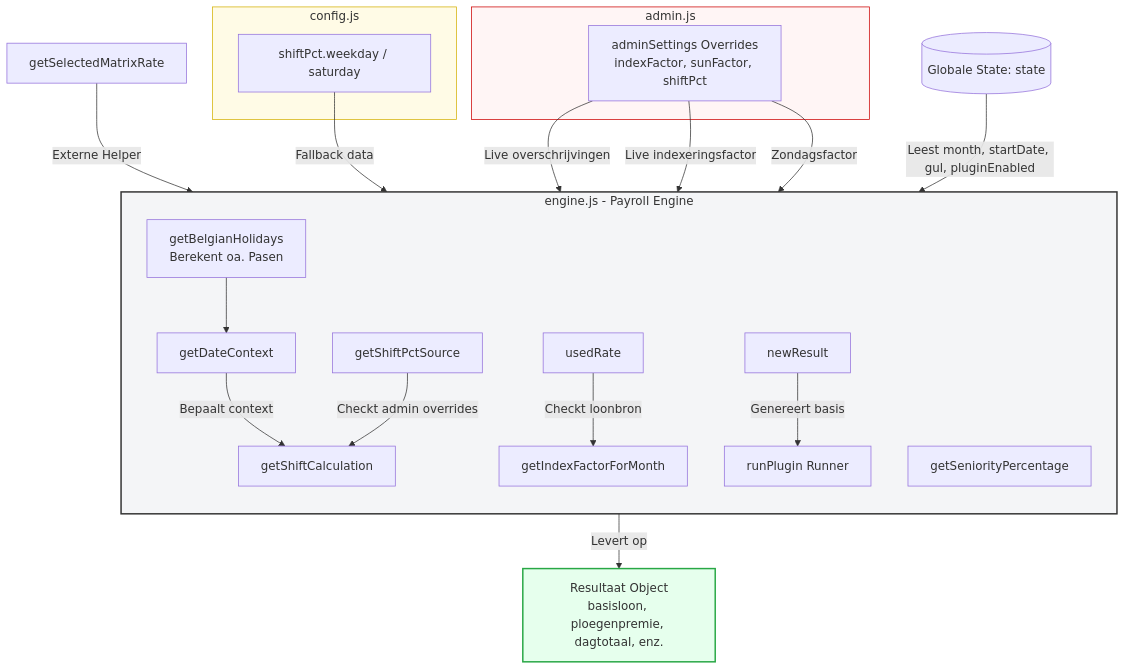
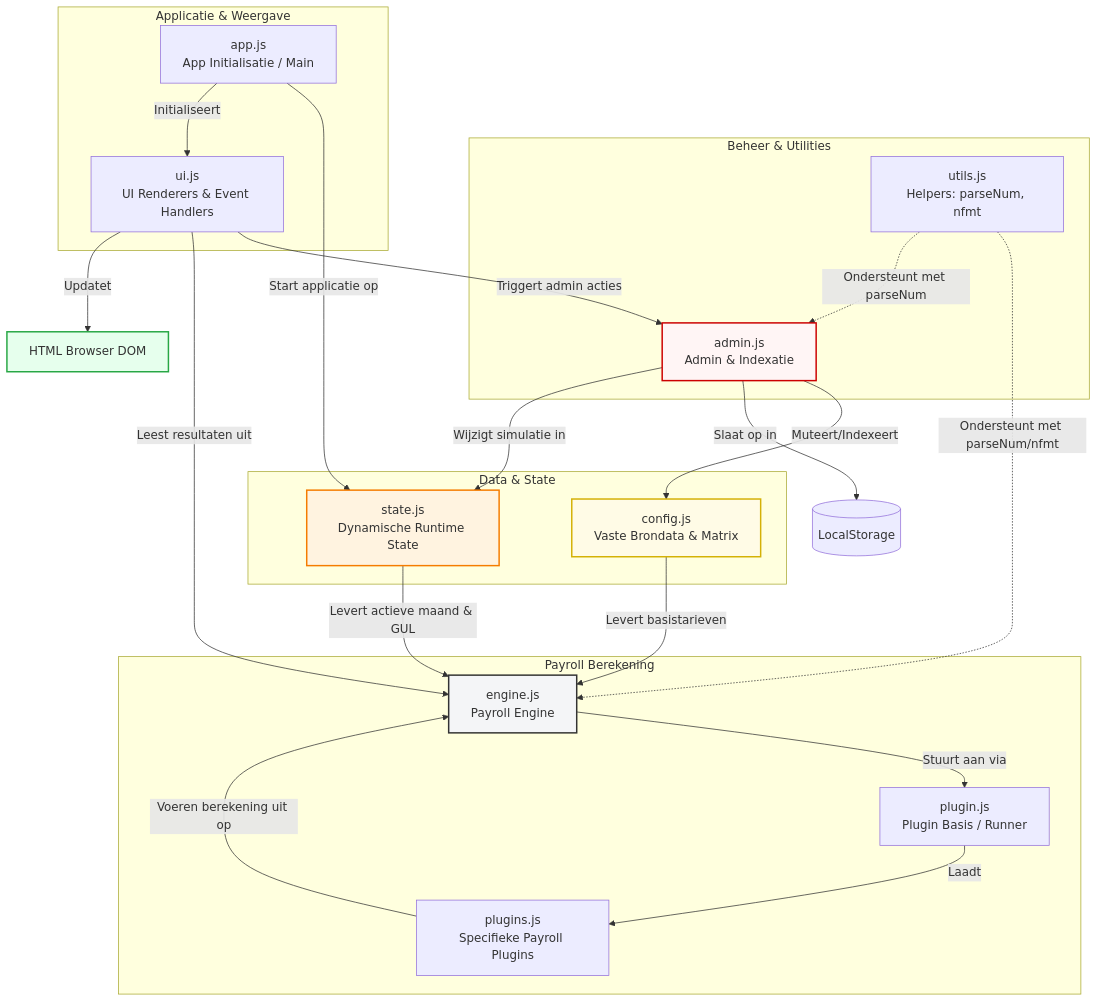
One commit to Klenne72/Loon_app changed the diagram in README.md. Above: the diagram before and after it, drawn with Mermaid. The commit also changed other lines of this file, not shown here.

First line of the commit message:
Revise README for module connections and architecture

````diff
--- a/README.md
+++ b/README.md
@@ -119,47 +7,61 @@
 ```mermaid
 graph TD
-    %% Inkomende data stromen
-    subgraph config.js [config.js]
-        shiftPct[shiftPct.weekday / saturday]
+    %% De Datalaag
+    subgraph Data [Data & State]
+        config[config.js<br>Vaste Brondata & Matrix]
+        state[state.js<br>Dynamische Runtime State]
     end
 
-    subgraph admin.js [admin.js]
-        adminSettings[adminSettings Overrides<br>indexFactor, sunFactor, shiftPct]
+    %% De Rekenlaag
+    subgraph Rekenkern [Payroll Berekening]
+        engine[engine.js<br>Payroll Engine]
+        plugin[plugin.js<br>Plugin Basis / Runner]
+        plugins[plugins.js<br>Specifieke Payroll Plugins]
     end
 
-    %% De Reken Engine Kern
-    subgraph engine.js [engine.js - Payroll Engine]
-        direction TB
-        getBelgianHolidays[getBelgianHolidays<br>Berekent oa. Pasen] --> getDateContext[getDateContext]
-        
-        getDateContext -->|Bepaalt context| getShiftCalculation[getShiftCalculation]
-        getShiftPctSource[getShiftPctSource] -->|Checkt admin overrides| getShiftCalculation
-        
-        usedRate[usedRate] -->|Checkt loonbron| getIndexFactorForMonth[getIndexFactorForMonth]
-        
-        getSeniorityPercentage[getSeniorityPercentage]
-        
-        newResult[newResult] -->|Genereert basis| runPlugin[runPlugin Runner]
+    %% De Beheer- & Helperlaag
+    subgraph Helpers [Beheer & Utilities]
+        admin[admin.js<br>Admin & Indexatie]
+        utils[utils.js<br>Helpers: parseNum, nfmt]
     end
 
-    %% Globale State interactie
-    GS[(Globale State: state)] -->|Leest month, startDate, gul, pluginEnabled| engine.js
-    getSelectedMatrixRate[getSelectedMatrixRate] -->|Externe Helper| usedRate
+    %% De UI- & Applicatielaag
+    subgraph UI [Applicatie & Weergave]
+        app[app.js<br>App Initialisatie / Main]
+        ui[ui.js<br>UI Renderers & Event Handlers]
+    end
 
-    %% Input van Config naar Engine
-    shiftPct -->|Fallback data| getShiftPctSource
+    %% INTERACTIES & VERBINDINGEN
     
-    %% Input van Admin naar Engine
-    adminSettings -->|Live overschrijvingen| getShiftPctSource
-    adminSettings -->|Live indexeringsfactor| getIndexFactorForMonth
-    adminSettings -->|Zondagsfactor| getShiftCalculation
+    %% Data naar Engine
+    config -->|Levert basistarieven| engine
+    state -->|Levert actieve maand & GUL| engine
+    
+    %% Engine en zijn Plugins
+    engine -->|Stuurt aan via| plugin
+    plugin -->|Laadt| plugins
+    plugins -->|Voeren berekening uit op| engine
+    
+    %% Admin Mutaties
+    admin -->|Muteert/Indexeert| config
+    admin -->|Slaat op in| LS[(LocalStorage)]
+    admin -->|Wijzigt simulatie in| state
 
-    %% Uitgaande data
-    runPlugin -->|Levert op| Res[Resultaat Object<br>basisloon, ploegenpremie, dagtotaal, enz.]
+    %% Utilities ondersteuning
+    utils -.->|Ondersteunt met parseNum/nfmt| engine
+    utils -.->|Ondersteunt met parseNum| admin
+
+    %% UI & App Flow
+    app -->|Start applicatie op| state
+    app -->|Initialiseert| ui
+    ui -->|Triggert admin acties| admin
+    ui -->|Leest resultaten uit| engine
+    ui -->|Updatet| DOM[HTML Browser DOM]
 
     %% Styling voor GitHub leesbaarheid
-    style engine.js fill:#f4f5f7,stroke:#333,stroke-width:2px
-    style config.js fill:#fffbe6,stroke:#d4b106,stroke-width:1px
-    style admin.js fill:#fff5f5,stroke:#cc0000,stroke-width:1px
-    style Res fill:#e6ffed,stroke:#28a745,stroke-width:2px
+    style config fill:#fffbe6,stroke:#d4b106,stroke-width:2px
+    style state fill:#fff3e0,stroke:#f57c00,stroke-width:2px
+    style engine fill:#f4f5f7,stroke:#333,stroke-width:2px
+    style admin fill:#fff5f5,stroke:#cc0000,stroke-width:2px
+    style DOM fill:#e6ffed,stroke:#28a745,stroke-width:2px
 ```
````
